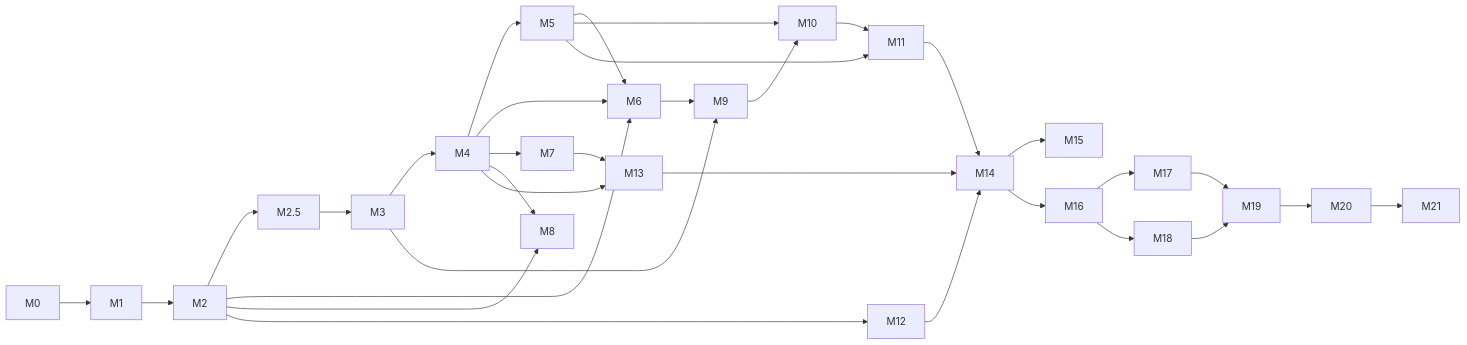
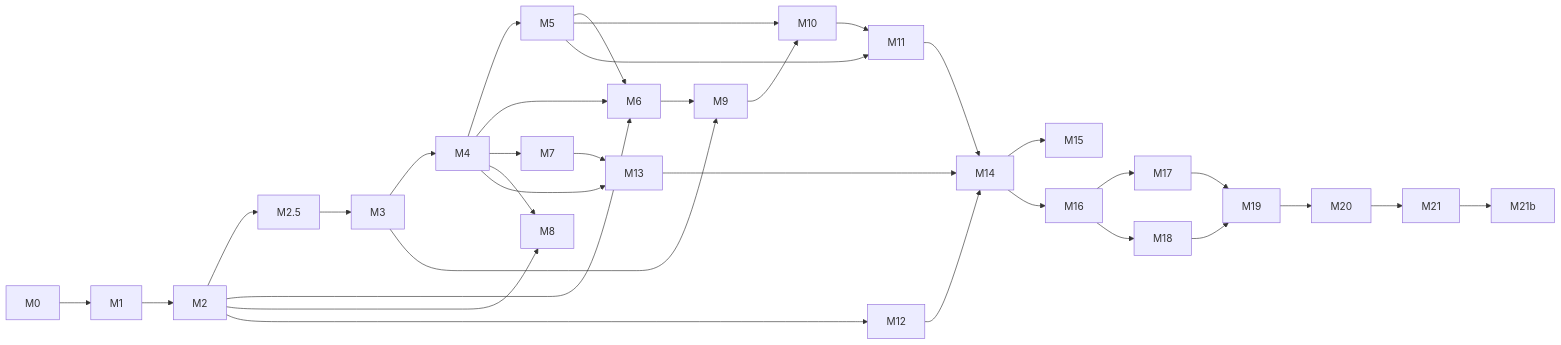
The diagram in docs/09-plan/README.md (vundavallibalakrishna/agentic-runtime), drawn with Mermaid before and after one commit. The commit also changed other lines of this file and 66 other files, not shown here.

````diff
--- a/docs/09-plan/README.md
+++ b/docs/09-plan/README.md
@@ -50,29 +51,29 @@
 ```mermaid
 flowchart LR
   M0 --> M1 --> M2 --> M25[M2.5] --> M3 --> M4 --> M5
   M2 --> M6
   M4 --> M6
   M5 --> M6
   M4 --> M7
   M2 --> M8
   M4 --> M8
   M3 --> M9
   M6 --> M9
   M5 --> M10
   M9 --> M10
   M5 --> M11
   M10 --> M11
   M2 --> M12
   M4 --> M13
   M7 --> M13
   M11 --> M14
   M12 --> M14
   M13 --> M14
   M14 --> M15
   M14 --> M16
   M16 --> M17
   M16 --> M18
   M17 --> M19
   M18 --> M19
-  M19 --> M20 --> M21
+  M19 --> M20 --> M21 --> M21b[M21b]
 ```
````
